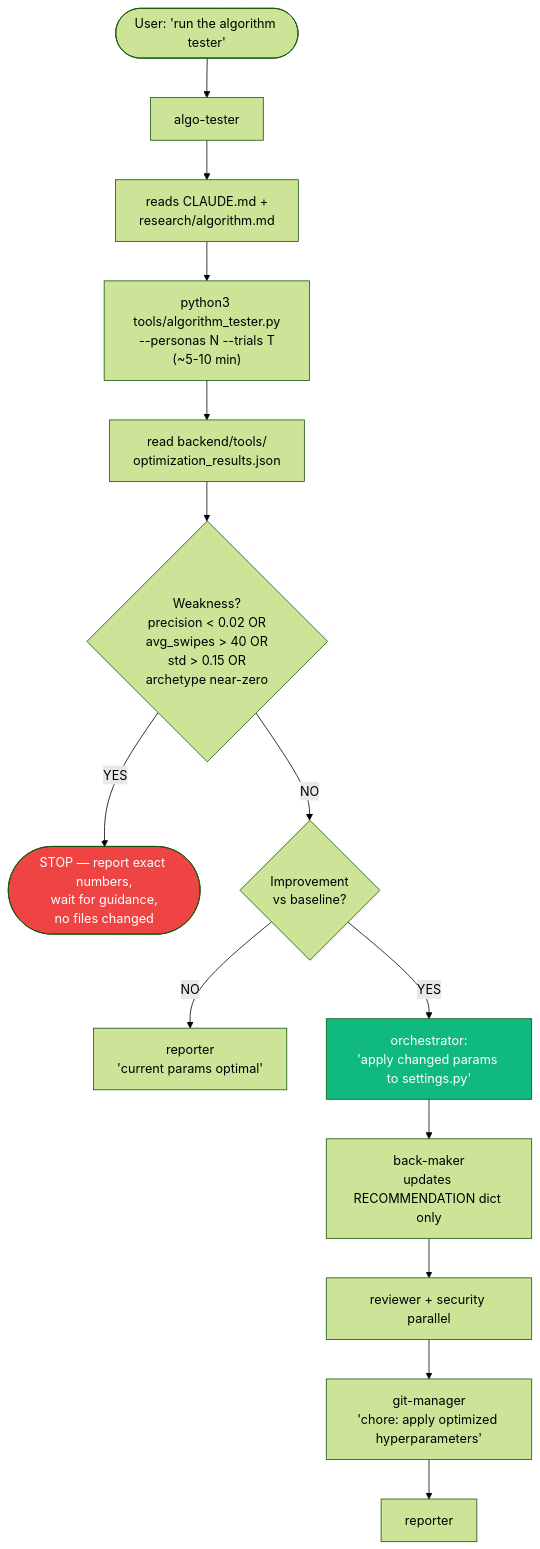
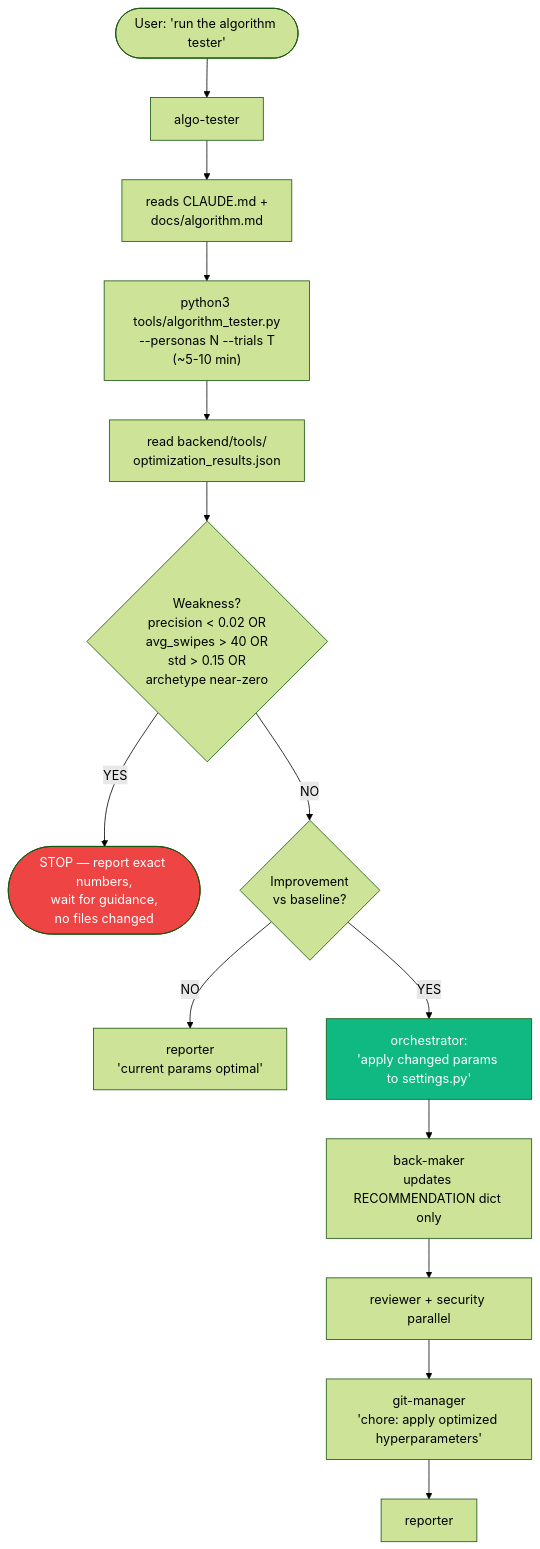
The fifth of 6 diagrams in .claude/WORKFLOW.md (hongikarchi/archi-tinder), drawn with Mermaid (forest theme) before and after one commit. The commit also changed other lines of this file and 63 other files, not shown here.

````diff
--- a/.claude/WORKFLOW.md
+++ b/.claude/WORKFLOW.md
@@ -464,19 +275,19 @@
 ```mermaid
 flowchart TD
     Start(["User: 'run the algorithm tester'"]) --> AT[algo-tester]
-    AT --> Read[reads CLAUDE.md +<br/>research/algorithm.md]
+    AT --> Read[reads CLAUDE.md +<br/>docs/algorithm.md]
     Read --> Run["python3 tools/algorithm_tester.py<br/>--personas N --trials T<br/>(~5-10 min)"]
     Run --> Results["read backend/tools/<br/>optimization_results.json"]
     Results --> Weak{Weakness?<br/>precision &lt; 0.02 OR<br/>avg_swipes &gt; 40 OR<br/>std &gt; 0.15 OR<br/>archetype near-zero}
     Weak -->|YES| Stop1([STOP — report exact numbers,<br/>wait for guidance,<br/>no files changed])
     Weak -->|NO| Imp{Improvement<br/>vs baseline?}
     Imp -->|NO| ReportNoChange[reporter<br/>'current params optimal']
     Imp -->|YES| Apply[orchestrator:<br/>'apply changed params to settings.py']
     Apply --> BMo[back-maker<br/>updates RECOMMENDATION dict only]
     BMo --> RVSC[reviewer + security parallel]
     RVSC --> GM[git-manager<br/>'chore: apply optimized hyperparameters']
     GM --> RP[reporter]
 
     style Stop1 fill:#ef4444,color:#fff
     style Apply fill:#10b981,color:#fff
 ```
````
